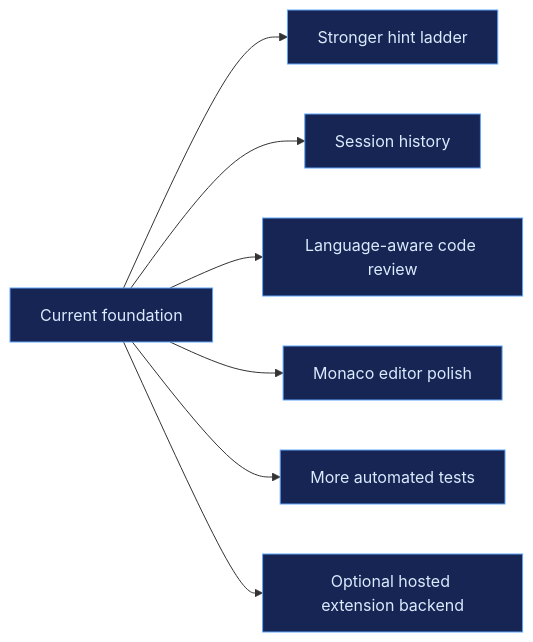
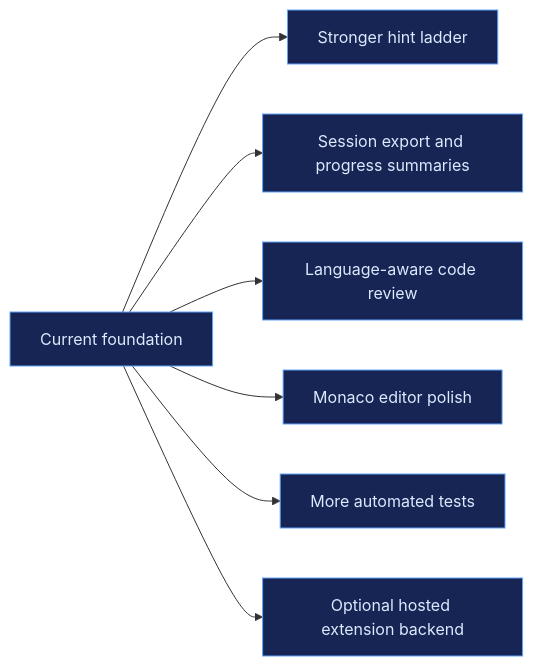
One commit to Harshpreet1729/LeetMentor changed the eighth of 8 diagrams in README.md. Above: the diagram before and after it, drawn with Mermaid. The commit also changed other lines of this file and 31 other files, not shown here.

````diff
--- a/README.md
+++ b/README.md
@@ -378,12 +410,12 @@
 ```mermaid
 flowchart LR
     A["Current foundation"] --> B["Stronger hint ladder"]
-    A --> C["Session history"]
+    A --> C["Session export and progress summaries"]
     A --> D["Language-aware code review"]
     A --> E["Monaco editor polish"]
     A --> F["More automated tests"]
     A --> G["Optional hosted extension backend"]
 
     classDef future fill:#172554,stroke:#60a5fa,color:#dbeafe;
     class A,B,C,D,E,F,G future;
 ```
````
